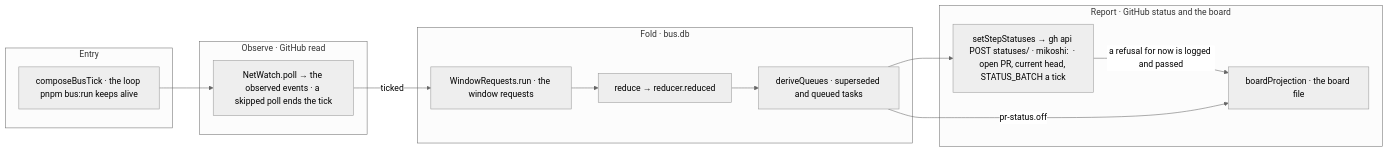
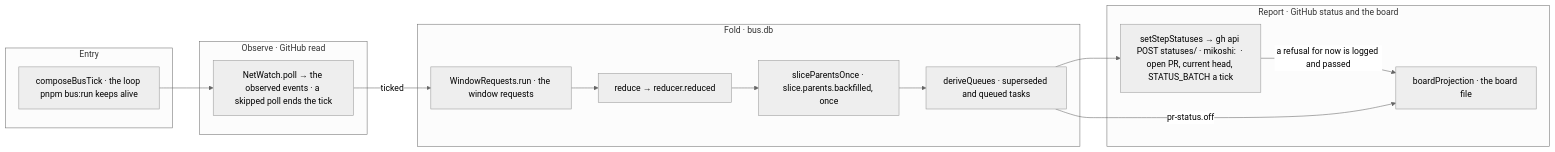
One commit to E1i/mikoshi-construct changed the diagram in architecture/composition/bus.md. Above: the diagram before and after it, drawn with Mermaid (neutral theme). The commit also changed other lines of this file and 13 other files, not shown here.

````diff
--- a/architecture/composition/bus.md
+++ b/architecture/composition/bus.md
@@ -9,25 +9,27 @@
 ```mermaid
 flowchart LR
   subgraph b_entry["Entry"]
     root["composeBusTick · the loop pnpm bus:run keeps alive"]
   end
   subgraph b_observe["Observe · GitHub read"]
     netwatch["NetWatch.poll → the observed events · a skipped poll ends the tick"]
   end
   subgraph b_fold["Fold · bus.db"]
     requests["WindowRequests.run · the window requests"]
     reduce["reduce → reducer.reduced"]
+    sliceparents["sliceParentsOnce · slice.parents.backfilled, once"]
     queues["deriveQueues · superseded and queued tasks"]
   end
   subgraph b_report["Report · GitHub status and the board"]
     statuses["setStepStatuses → gh api POST statuses/<head> · mikoshi: <step> · open PR, current head, STATUS_BATCH a tick"]
     board["boardProjection · the board file"]
   end
   root --> netwatch
   netwatch -->|"ticked"| requests
   requests --> reduce
-  reduce --> queues
+  reduce --> sliceparents
+  sliceparents --> queues
   queues --> statuses
   statuses -->|"a refusal for now is logged and passed"| board
   queues -->|"pr-status.off"| board
 ```
````
